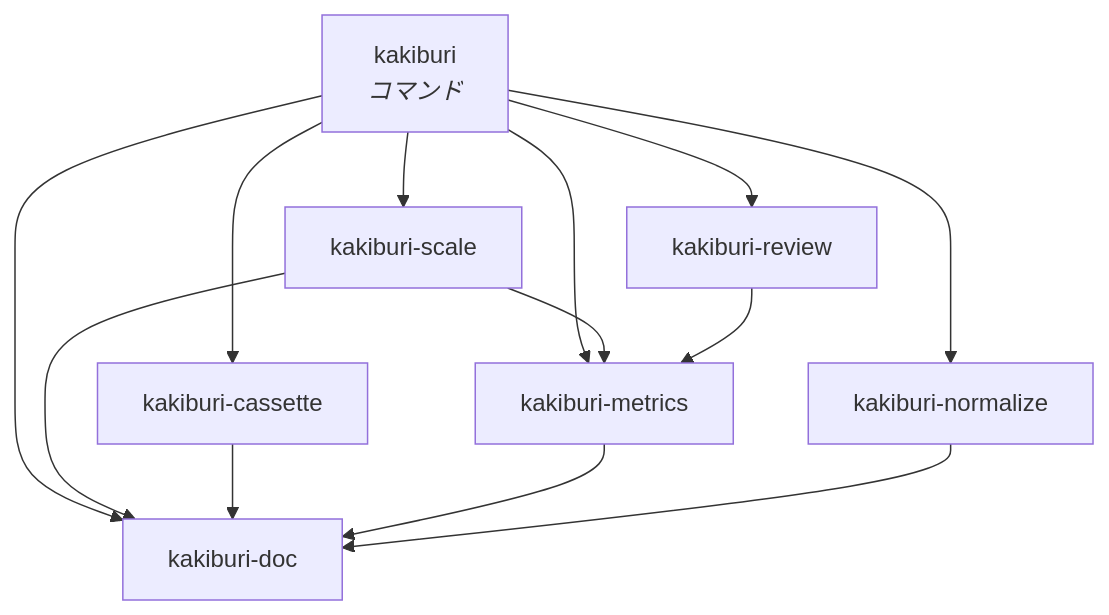
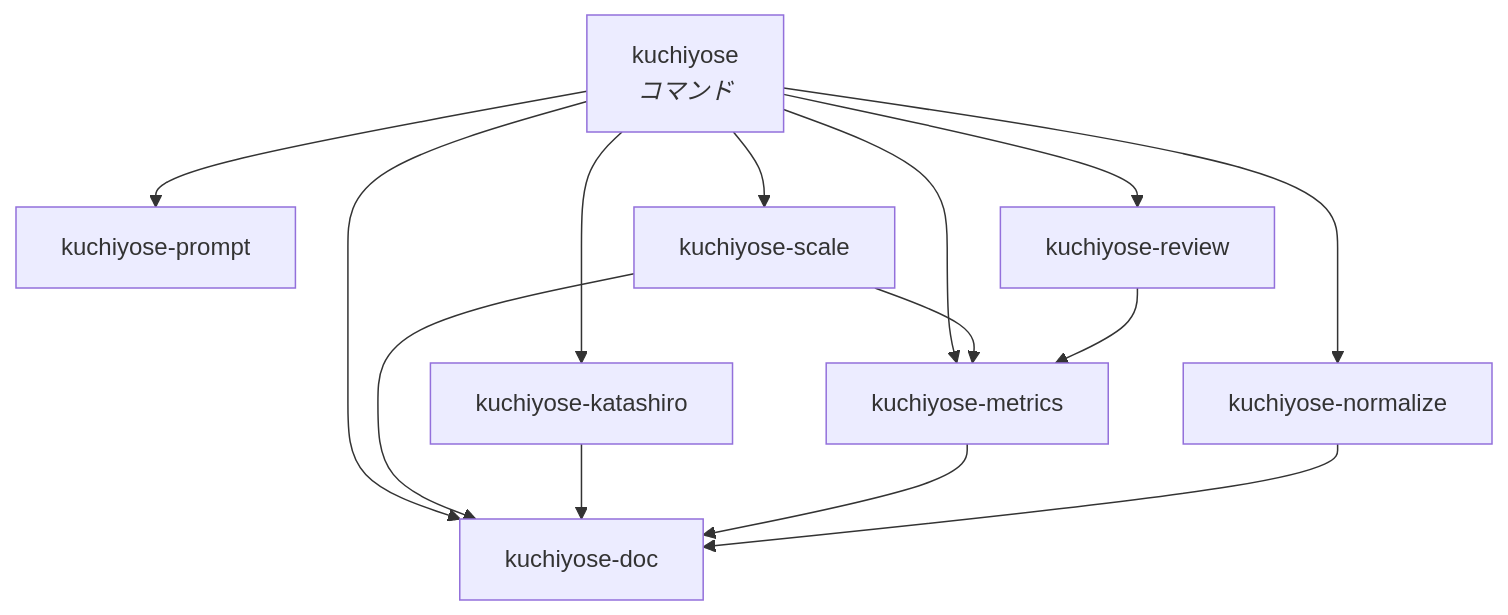
Before and after one commit to lambdalisue/kuchiyose: the second of 2 diagrams in docs/design/000-architecture.md, drawn with Mermaid. The commit also changed other lines of this file and 207 other files, not shown here.

````diff
--- a/docs/design/000-architecture.md
+++ b/docs/design/000-architecture.md
@@ -201,23 +257,25 @@
 ```mermaid
 flowchart TB
-    cli["kakiburi<br/><i>コマンド</i>"]
-    scale["kakiburi-scale"]
-    rev["kakiburi-review"]
-    cas["kakiburi-cassette"]
-    met["kakiburi-metrics"]
-    norm["kakiburi-normalize"]
-    doc["kakiburi-doc"]
+    cli["kuchiyose<br/><i>コマンド</i>"]
+    prompt["kuchiyose-prompt"]
+    scale["kuchiyose-scale"]
+    rev["kuchiyose-review"]
+    cas["kuchiyose-katashiro"]
+    met["kuchiyose-metrics"]
+    norm["kuchiyose-normalize"]
+    doc["kuchiyose-doc"]
 
+    cli --> prompt
     cli --> scale
     cli --> rev
     cli --> cas
     cli --> met
     cli --> norm
     cli --> doc
     scale --> met
     scale --> doc
     rev --> met
     cas --> doc
     met --> doc
     norm --> doc
 ```
````
